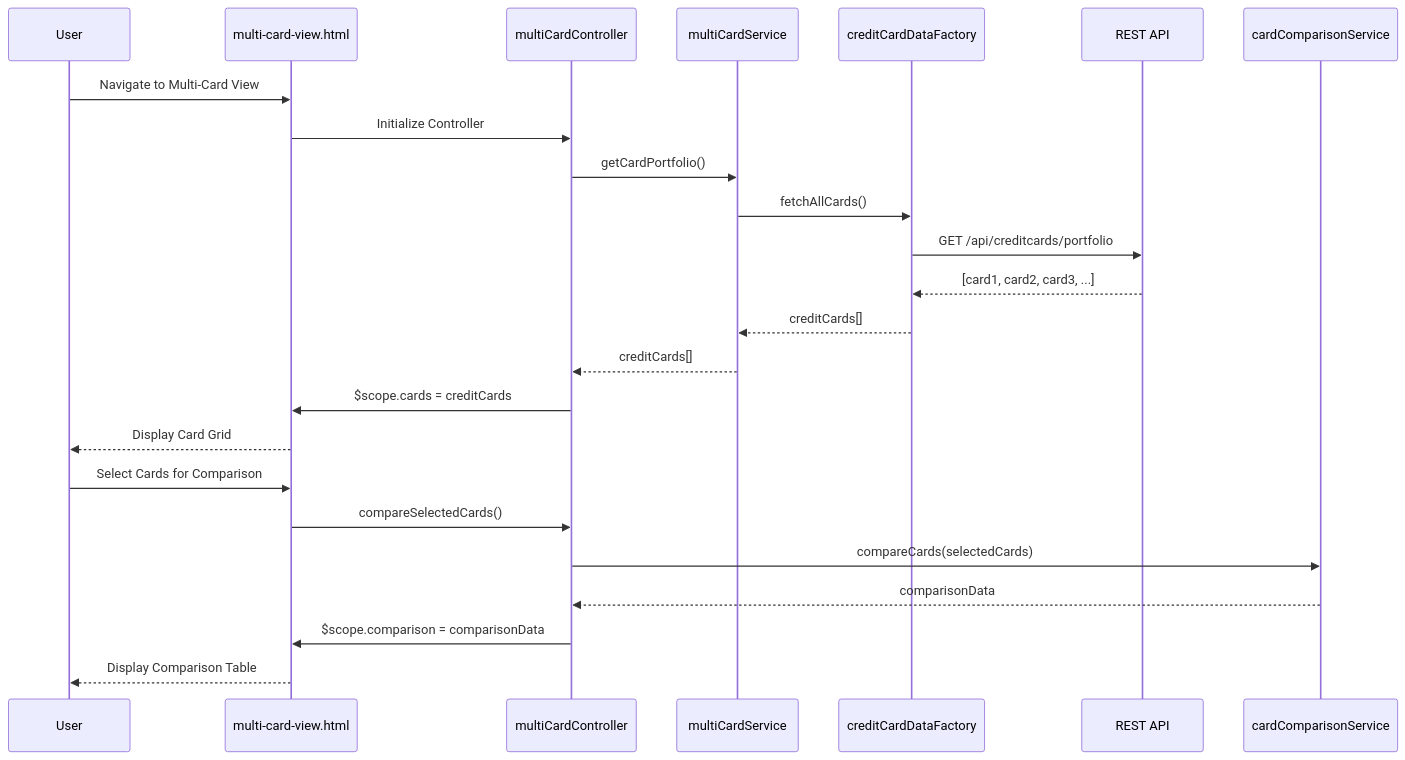
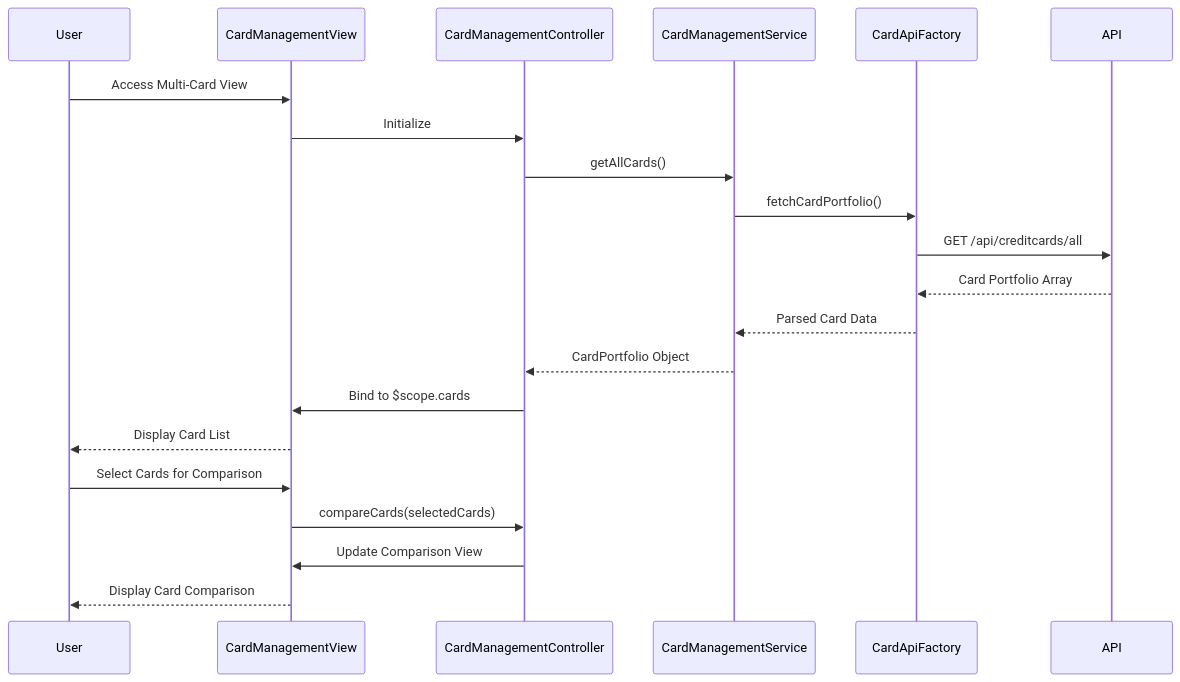
Before and after one commit to Davamani-git/APB_Demo: the diagram in LLD/QE-4629_LLD.md, drawn with Mermaid. The commit also changed other lines of this file and 2 other files, not shown here.

````diff
--- a/LLD/QE-4629_LLD.md
+++ b/LLD/QE-4629_LLD.md
@@ -98,27 +79,24 @@
 ```mermaid
 sequenceDiagram
     participant User
-    participant View as multi-card-view.html
-    participant Ctrl as multiCardController
-    participant MCS as multiCardService
-    participant Factory as creditCardDataFactory
-    participant API as REST API
-    participant CCS as cardComparisonService
+    participant CardManagementView
+    participant CardManagementController
+    participant CardManagementService
+    participant CardApiFactory
+    participant API
 
-    User->>View: Navigate to Multi-Card View
-    View->>Ctrl: Initialize Controller
-    Ctrl->>MCS: getCardPortfolio()
-    MCS->>Factory: fetchAllCards()
-    Factory->>API: GET /api/creditcards/portfolio
-    API-->>Factory: [card1, card2, card3, ...]
-    Factory-->>MCS: creditCards[]
-    MCS-->>Ctrl: creditCards[]
-    Ctrl->>View: $scope.cards = creditCards
-    View-->>User: Display Card Grid
-    User->>View: Select Cards for Comparison
-    View->>Ctrl: compareSelectedCards()
-    Ctrl->>CCS: compareCards(selectedCards)
-    CCS-->>Ctrl: comparisonData
-    Ctrl->>View: $scope.comparison = comparisonData
-    View-->>User: Display Comparison Table
+    User->>CardManagementView: Access Multi-Card View
+    CardManagementView->>CardManagementController: Initialize
+    CardManagementController->>CardManagementService: getAllCards()
+    CardManagementService->>CardApiFactory: fetchCardPortfolio()
+    CardApiFactory->>API: GET /api/creditcards/all
+    API-->>CardApiFactory: Card Portfolio Array
+    CardApiFactory-->>CardManagementService: Parsed Card Data
+    CardManagementService-->>CardManagementController: CardPortfolio Object
+    CardManagementController->>CardManagementView: Bind to $scope.cards
+    CardManagementView-->>User: Display Card List
+    User->>CardManagementView: Select Cards for Comparison
+    CardManagementView->>CardManagementController: compareCards(selectedCards)
+    CardManagementController->>CardManagementView: Update Comparison View
+    CardManagementView-->>User: Display Card Comparison
 ```
````
